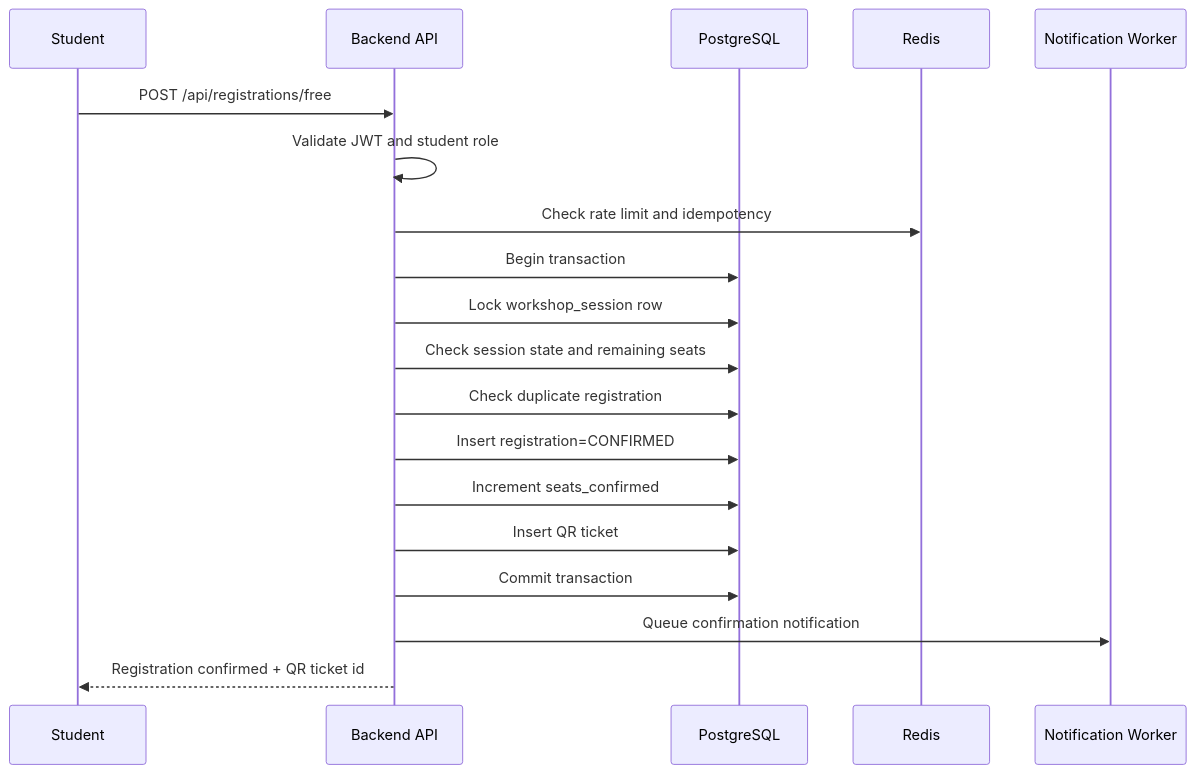
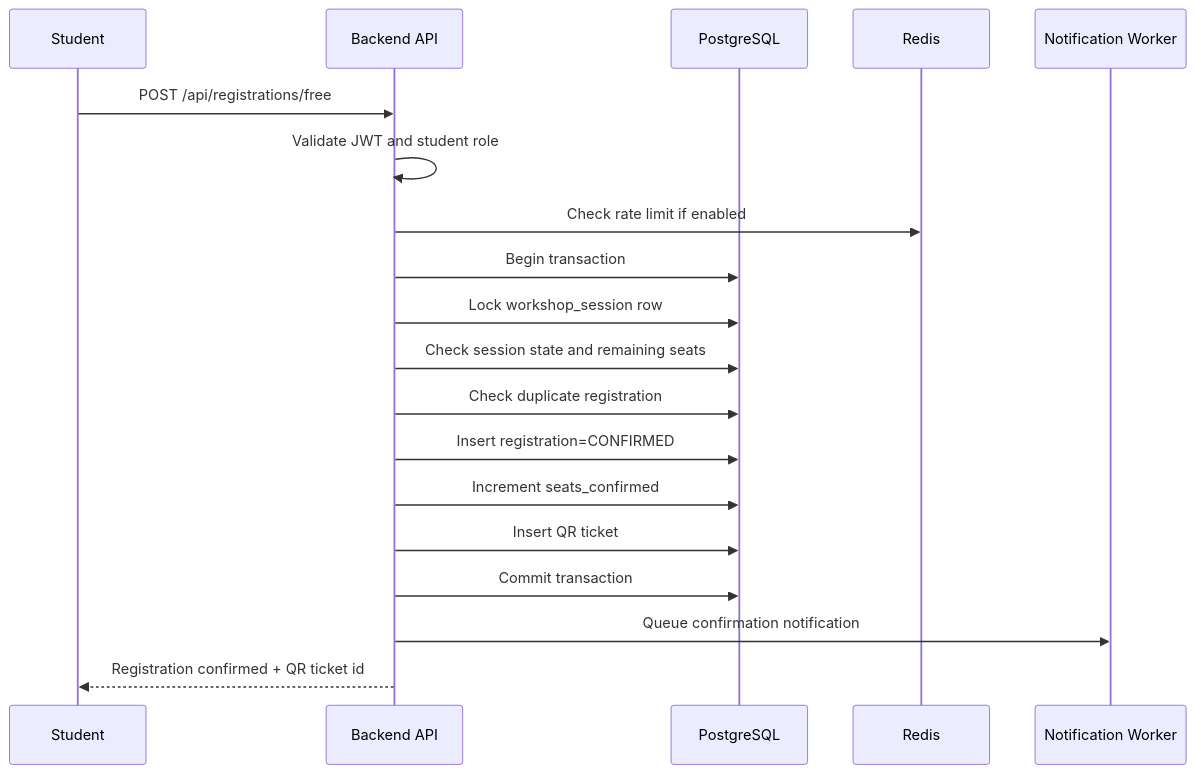
Before and after one commit to NguyenThanhTien539/unihub-workshop-system: the first of 5 diagrams in blueprint/specs/registration.md, drawn with Mermaid. The commit also changed other lines of this file and 8 other files, not shown here.

````diff
--- a/blueprint/specs/registration.md
+++ b/blueprint/specs/registration.md
@@ -63,22 +62,22 @@
 ```mermaid
 sequenceDiagram
     participant S as Student
     participant API as Backend API
     participant DB as PostgreSQL
     participant Redis as Redis
     participant N as Notification Worker
 
     S->>API: POST /api/registrations/free
     API->>API: Validate JWT and student role
-    API->>Redis: Check rate limit and idempotency
+    API->>Redis: Check rate limit if enabled
     API->>DB: Begin transaction
     API->>DB: Lock workshop_session row
     API->>DB: Check session state and remaining seats
     API->>DB: Check duplicate registration
     API->>DB: Insert registration=CONFIRMED
     API->>DB: Increment seats_confirmed
     API->>DB: Insert QR ticket
     API->>DB: Commit transaction
     API->>N: Queue confirmation notification
     API-->>S: Registration confirmed + QR ticket id
 ```
````
